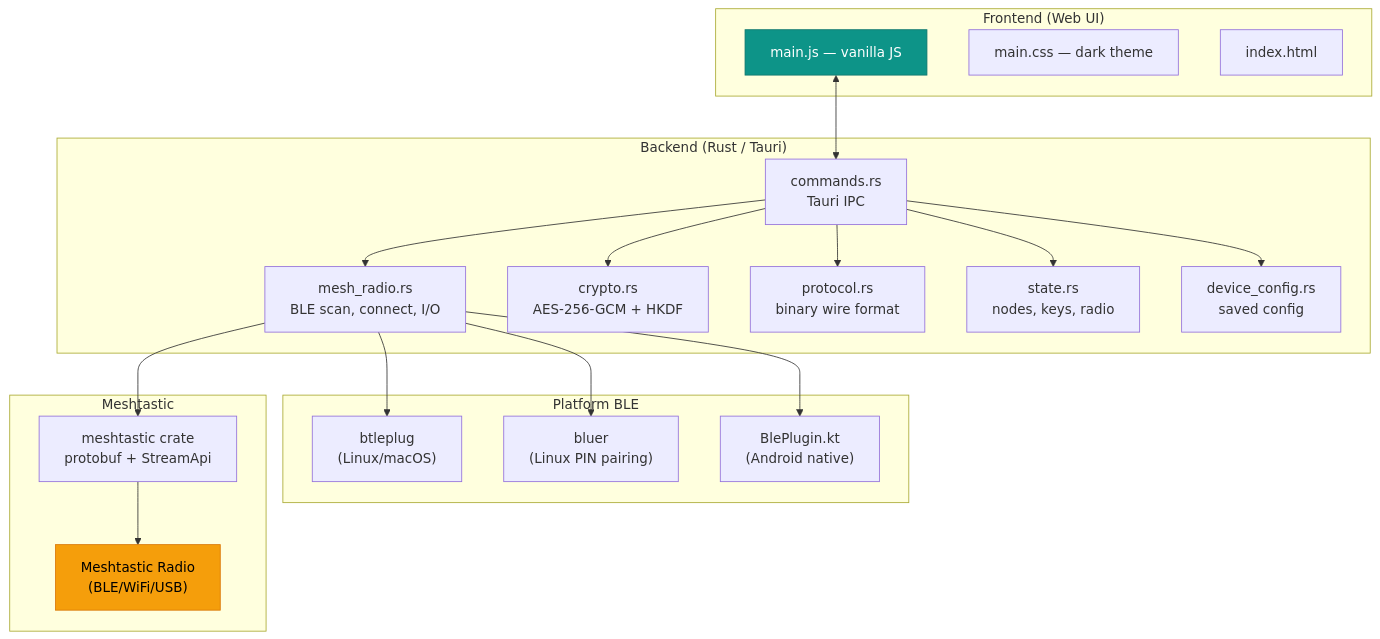
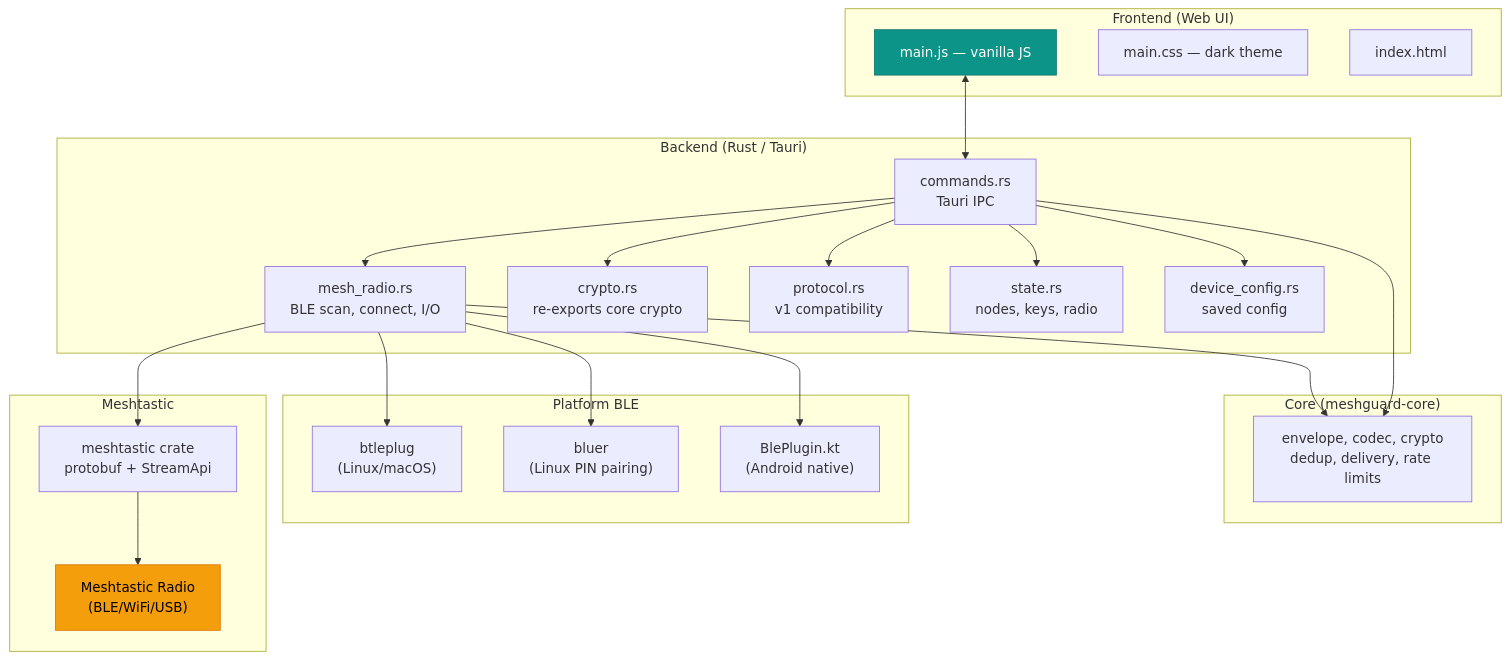
The sixth of 6 diagrams in README.md (nemke82/meshguard), drawn with Mermaid before and after one commit. The commit also changed other lines of this file and 4 other files, not shown here.

````diff
--- a/README.md
+++ b/README.md
@@ -197,43 +223,49 @@
 ```mermaid
 graph TB
     subgraph "Frontend (Web UI)"
         UI["main.js — vanilla JS"]
         CSS["main.css — dark theme"]
         HTML["index.html"]
     end
 
+    subgraph "Core (meshguard-core)"
+        CORE["envelope, codec, crypto<br/>dedup, delivery, rate limits"]
+    end
+
     subgraph "Backend (Rust / Tauri)"
         CMD["commands.rs<br/>Tauri IPC"]
         RADIO["mesh_radio.rs<br/>BLE scan, connect, I/O"]
-        CRYPTO["crypto.rs<br/>AES-256-GCM + HKDF"]
-        PROTO["protocol.rs<br/>binary wire format"]
+        CRYPTO["crypto.rs<br/>re-exports core crypto"]
+        PROTO["protocol.rs<br/>v1 compatibility"]
         STATE["state.rs<br/>nodes, keys, radio"]
         CFG["device_config.rs<br/>saved config"]
     end
 
     subgraph "Platform BLE"
         BTLEPLUG["btleplug<br/>(Linux/macOS)"]
         BLUER["bluer<br/>(Linux PIN pairing)"]
         KOTLIN["BlePlugin.kt<br/>(Android native)"]
     end
 
     subgraph "Meshtastic"
         CRATE["meshtastic crate<br/>protobuf + StreamApi"]
         DEVICE["Meshtastic Radio<br/>(BLE/WiFi/USB)"]
     end
 
     UI <--> CMD
     CMD --> RADIO
     CMD --> CRYPTO
     CMD --> PROTO
     CMD --> STATE
     CMD --> CFG
+    CMD --> CORE
+    RADIO --> CORE
     RADIO --> CRATE
     RADIO --> BTLEPLUG
     RADIO --> BLUER
     RADIO --> KOTLIN
     CRATE --> DEVICE
 
     style UI fill:#0d9488,stroke:#0f766e,color:#fff
     style DEVICE fill:#f59e0b,stroke:#d97706,color:#000
 ```
````
